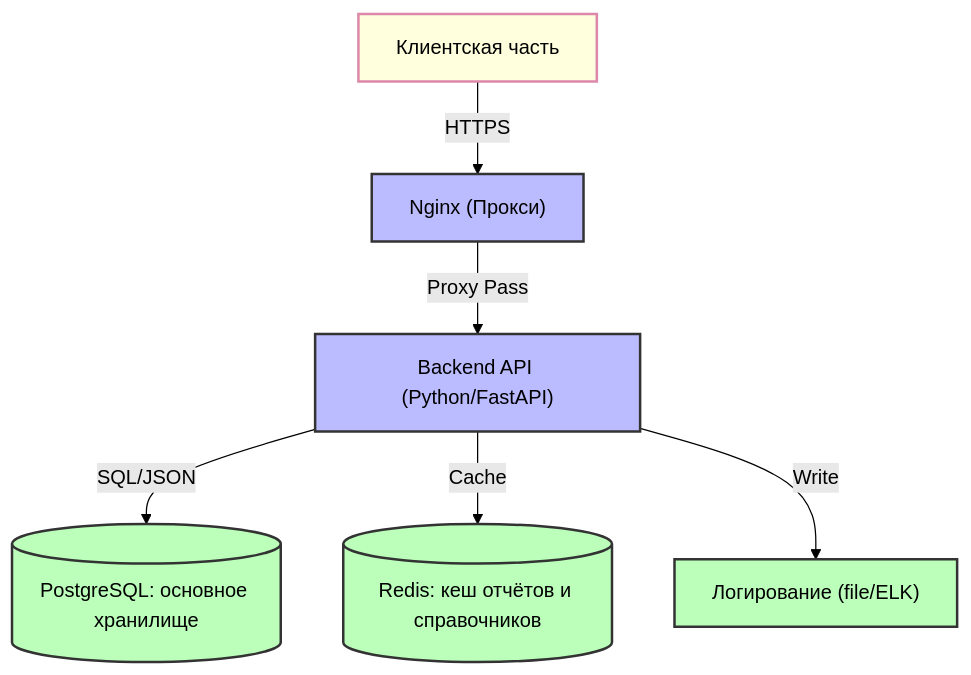
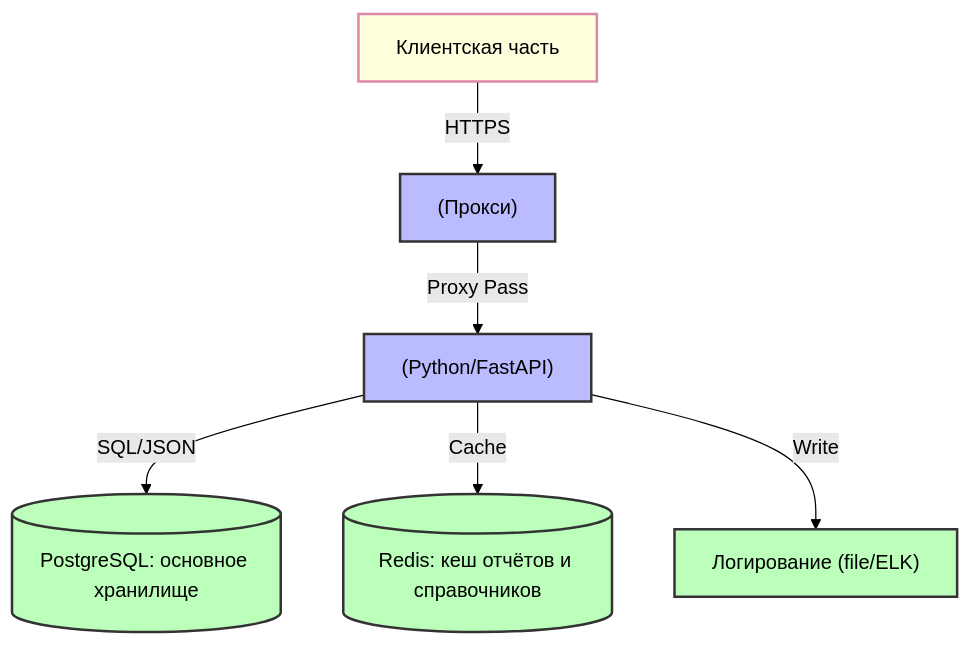
One commit to luzstrik/project-system-vvsu changed the second of 2 diagrams in 8.md. Above: the diagram before and after it, drawn with Mermaid (forest theme).

````diff
--- a/8.md
+++ b/8.md
@@ -83,23 +83,23 @@
 ```mermaid
 graph TD
     Client["Клиентская часть"]
-    LB["Nginx (Прокси)"]
-    API["Backend API (Python/FastAPI)"]
+    LB["(Прокси)"]
+    API["(Python/FastAPI)"]
     DB[(PostgreSQL: основное хранилище)]
     CACHE[(Redis: кеш отчётов и справочников)]
     LOGS["Логирование (file/ELK)"]
     
     Client -->|HTTPS| LB
     LB -->|Proxy Pass| API
     API -->|SQL/JSON| DB
     API -->|Cache| CACHE
     API -->|Write| LOGS
     
     classDef client fill:#ffd,stroke:#d8a,stroke-width:2px;
     classDef server fill:#bbf,stroke:#333,stroke-width:2px;
     classDef db fill:#bfb,stroke:#333,stroke-width:2px;
     
     class Client client;
     class LB,API server;
     class DB,CACHE,LOGS db;
 ```
````
